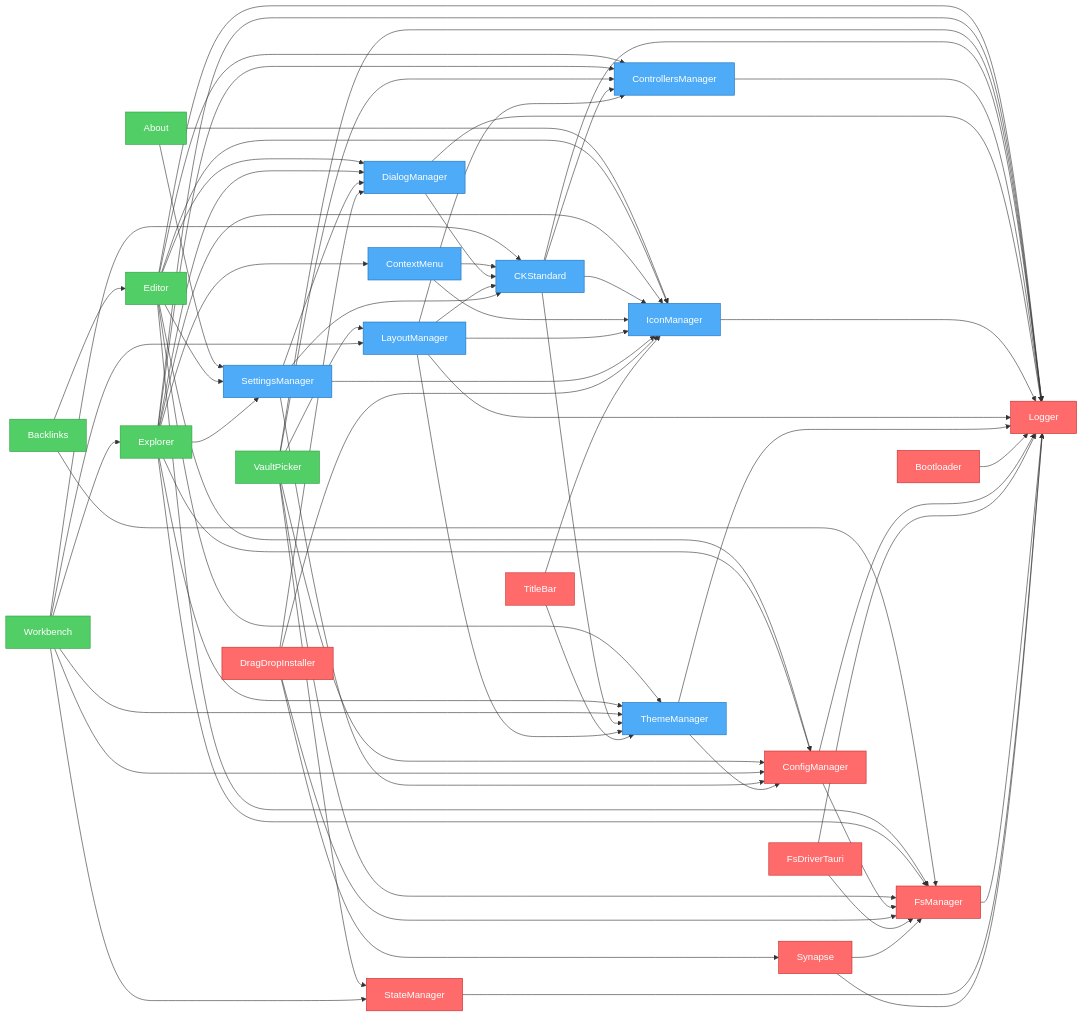
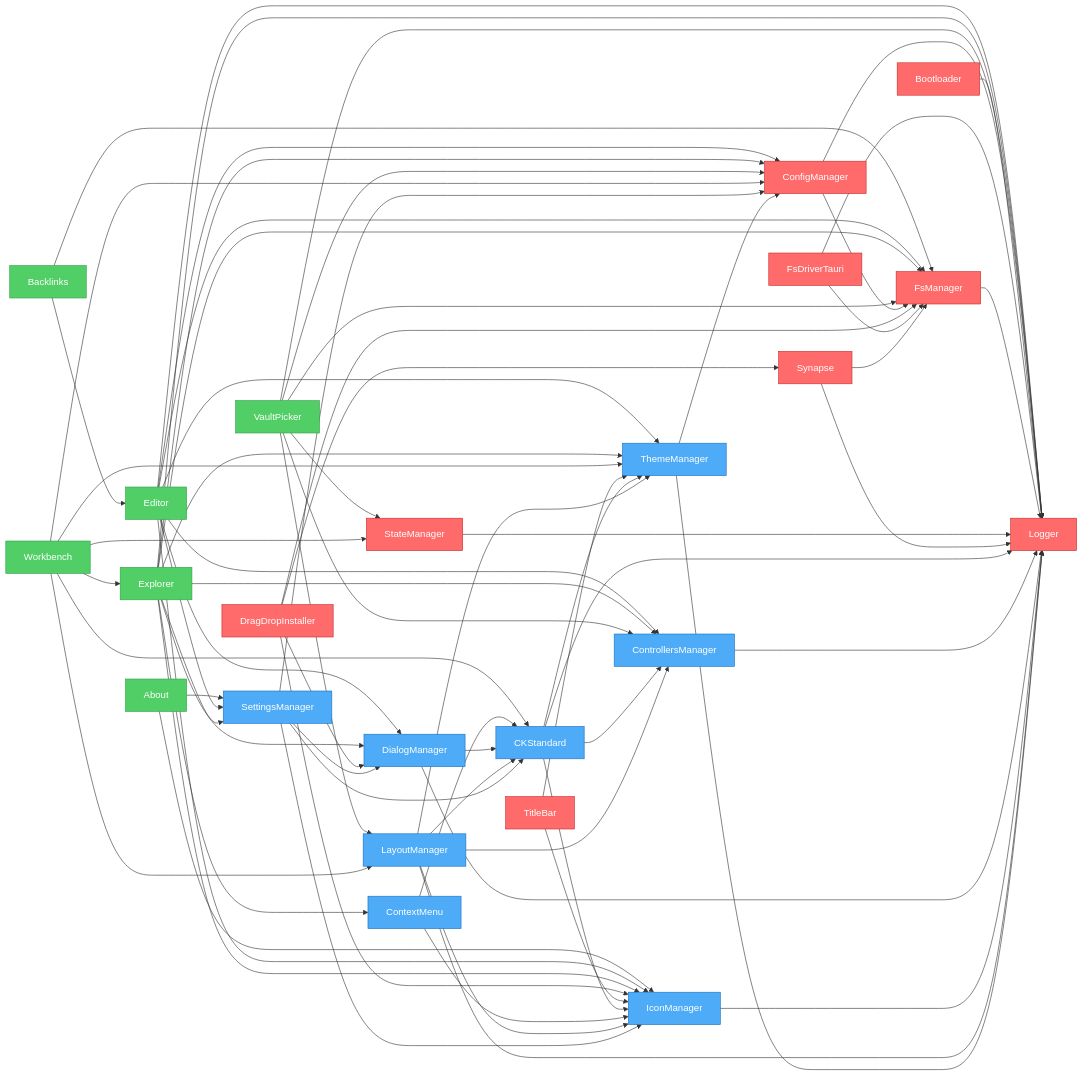
The diagram in artifacts/graph.mmd (khton-tech/notehub.md), drawn with Mermaid before and after one commit. The commit also changed 9 other files, not shown here.

```diff
--- a/artifacts/graph.mmd
+++ b/artifacts/graph.mmd
@@ -1,102 +1,102 @@
 flowchart LR
     nh_features_about["About"]
     nh_features_backlinks["Backlinks"]
     nh_features_editor["Editor"]
     nh_features_explorer["Explorer"]
     nh_features_vault-picker["VaultPicker"]
     nh_features_workbench["Workbench"]
+    nh_system_config-manager["ConfigManager"]
+    nh_system_bootloader["Bootloader"]
+    nh_system_drag-drop["DragDropInstaller"]
+    nh_system_fs-driver-tauri["FsDriverTauri"]
+    nh_system_fs-manager["FsManager"]
+    nh_system_logger["Logger"]
+    nh_system_state-manager["StateManager"]
+    nh_system_synapse["Synapse"]
+    nh_system_titlebar["TitleBar"]
     nh_ui_ck-standard["CKStandard"]
     nh_ui_context-menu["ContextMenu"]
     nh_ui_controllers-manager["ControllersManager"]
     nh_ui_dialog-manager["DialogManager"]
     nh_ui_icon-manager["IconManager"]
     nh_ui_layout-manager["LayoutManager"]
     nh_ui_settings-manager["SettingsManager"]
     nh_ui_theme-manager["ThemeManager"]
-    nh_system_bootloader["Bootloader"]
-    nh_system_config-manager["ConfigManager"]
-    nh_system_drag-drop["DragDropInstaller"]
-    nh_system_fs-driver-tauri["FsDriverTauri"]
-    nh_system_fs-manager["FsManager"]
-    nh_system_logger["Logger"]
-    nh_system_state-manager["StateManager"]
-    nh_system_synapse["Synapse"]
-    nh_system_titlebar["TitleBar"]
     nh_features_about --> nh_ui_settings-manager
     nh_features_about --> nh_ui_icon-manager
     nh_features_backlinks --> nh_features_editor
     nh_features_backlinks --> nh_system_fs-manager
     nh_features_editor --> nh_system_config-manager
     nh_features_editor --> nh_ui_settings-manager
     nh_features_editor --> nh_system_fs-manager
     nh_features_editor --> nh_system_logger
     nh_features_editor --> nh_ui_controllers-manager
     nh_features_editor --> nh_ui_dialog-manager
     nh_features_editor --> nh_ui_icon-manager
     nh_features_editor --> nh_ui_theme-manager
     nh_features_explorer --> nh_system_config-manager
     nh_features_explorer --> nh_ui_settings-manager
     nh_features_explorer --> nh_system_fs-manager
     nh_features_explorer --> nh_system_logger
     nh_features_explorer --> nh_ui_controllers-manager
     nh_features_explorer --> nh_ui_icon-manager
     nh_features_explorer --> nh_ui_theme-manager
     nh_features_explorer --> nh_ui_context-menu
     nh_features_explorer --> nh_ui_dialog-manager
     nh_features_vault-picker --> nh_system_fs-manager
     nh_features_vault-picker --> nh_system_config-manager
     nh_features_vault-picker --> nh_system_state-manager
     nh_features_vault-picker --> nh_system_logger
     nh_features_vault-picker --> nh_ui_controllers-manager
     nh_features_vault-picker --> nh_ui_layout-manager
     nh_features_workbench --> nh_system_config-manager
     nh_features_workbench --> nh_ui_layout-manager
     nh_features_workbench --> nh_ui_theme-manager
     nh_features_workbench --> nh_ui_ck-standard
     nh_features_workbench --> nh_system_state-manager
     nh_features_workbench --> nh_features_explorer
+    nh_system_config-manager --> nh_system_logger
+    nh_system_config-manager --> nh_system_fs-manager
+    nh_system_bootloader --> nh_system_logger
+    nh_system_drag-drop --> nh_ui_icon-manager
+    nh_system_drag-drop --> nh_ui_dialog-manager
+    nh_system_drag-drop --> nh_system_fs-manager
+    nh_system_drag-drop --> nh_system_synapse
+    nh_system_fs-driver-tauri --> nh_system_logger
+    nh_system_fs-driver-tauri --> nh_system_fs-manager
+    nh_system_fs-manager --> nh_system_logger
+    nh_system_state-manager --> nh_system_logger
+    nh_system_synapse --> nh_system_fs-manager
+    nh_system_synapse --> nh_system_logger
+    nh_system_titlebar --> nh_ui_icon-manager
+    nh_system_titlebar --> nh_ui_theme-manager
     nh_ui_ck-standard --> nh_system_logger
     nh_ui_ck-standard --> nh_ui_controllers-manager
     nh_ui_ck-standard --> nh_ui_icon-manager
     nh_ui_ck-standard --> nh_ui_theme-manager
     nh_ui_context-menu --> nh_ui_icon-manager
     nh_ui_context-menu --> nh_ui_ck-standard
     nh_ui_controllers-manager --> nh_system_logger
     nh_ui_dialog-manager --> nh_system_logger
     nh_ui_dialog-manager --> nh_ui_ck-standard
     nh_ui_icon-manager --> nh_system_logger
     nh_ui_layout-manager --> nh_system_logger
     nh_ui_layout-manager --> nh_ui_theme-manager
     nh_ui_layout-manager --> nh_ui_icon-manager
     nh_ui_layout-manager --> nh_ui_controllers-manager
     nh_ui_layout-manager --> nh_ui_ck-standard
     nh_ui_settings-manager --> nh_system_config-manager
     nh_ui_settings-manager --> nh_ui_ck-standard
     nh_ui_settings-manager --> nh_ui_icon-manager
     nh_ui_settings-manager --> nh_ui_dialog-manager
     nh_ui_theme-manager --> nh_system_logger
     nh_ui_theme-manager --> nh_system_config-manager
-    nh_system_bootloader --> nh_system_logger
-    nh_system_config-manager --> nh_system_logger
-    nh_system_config-manager --> nh_system_fs-manager
-    nh_system_drag-drop --> nh_ui_icon-manager
-    nh_system_drag-drop --> nh_ui_dialog-manager
-    nh_system_drag-drop --> nh_system_fs-manager
-    nh_system_drag-drop --> nh_system_synapse
-    nh_system_fs-driver-tauri --> nh_system_logger
-    nh_system_fs-driver-tauri --> nh_system_fs-manager
-    nh_system_fs-manager --> nh_system_logger
-    nh_system_state-manager --> nh_system_logger
-    nh_system_synapse --> nh_system_fs-manager
-    nh_system_synapse --> nh_system_logger
-    nh_system_titlebar --> nh_ui_icon-manager
-    nh_system_titlebar --> nh_ui_theme-manager
 
     %% Styles
     classDef system fill:#ff6b6b,stroke:#c92a2a,color:#fff
     classDef ui fill:#4dabf7,stroke:#1971c2,color:#fff
     classDef feature fill:#51cf66,stroke:#2f9e44,color:#fff
     class nh_features_about,nh_features_backlinks,nh_features_vault-picker feature
     class nh_features_editor,nh_features_explorer,nh_features_workbench feature
+    class nh_system_config-manager,nh_system_bootloader,nh_system_drag-drop,nh_system_fs-driver-tauri,nh_system_fs-manager,nh_system_logger,nh_system_state-manager,nh_system_synapse,nh_system_titlebar system
     class nh_ui_ck-standard,nh_ui_context-menu,nh_ui_controllers-manager,nh_ui_dialog-manager,nh_ui_icon-manager,nh_ui_layout-manager,nh_ui_settings-manager,nh_ui_theme-manager ui
-    class nh_system_bootloader,nh_system_config-manager,nh_system_drag-drop,nh_system_fs-driver-tauri,nh_system_fs-manager,nh_system_logger,nh_system_state-manager,nh_system_synapse,nh_system_titlebar system
```
